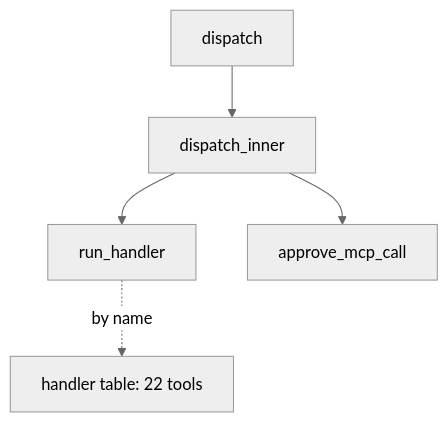
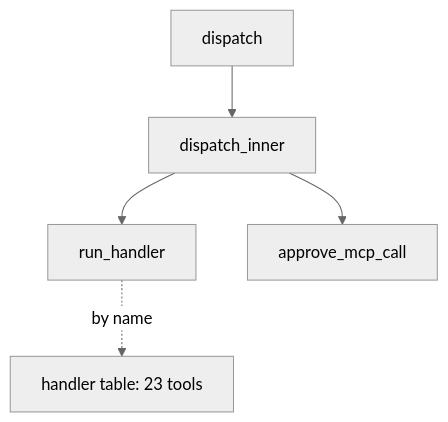
One commit to agent6-dev/agent6 changed the fifth of 6 diagrams in docs/architecture.md. Above: the diagram before and after it, drawn with Mermaid (neutral theme). The commit also changed other lines of this file and 15 other files, not shown here.

````diff
--- a/docs/architecture.md
+++ b/docs/architecture.md
@@ -269,12 +269,12 @@
 ```mermaid
 graph TD
     n_dispatch["dispatch"]
     n_dispatch_inner["dispatch_inner"]
     n_run_handler["run_handler"]
     n_approve_mcp_call["approve_mcp_call"]
     n_dispatch_inner --> n_approve_mcp_call
     n_dispatch_inner --> n_run_handler
     n_dispatch --> n_dispatch_inner
-    n_table["handler table: 22 tools"]
+    n_table["handler table: 23 tools"]
     n_run_handler -.->|by name| n_table
 ```
````
